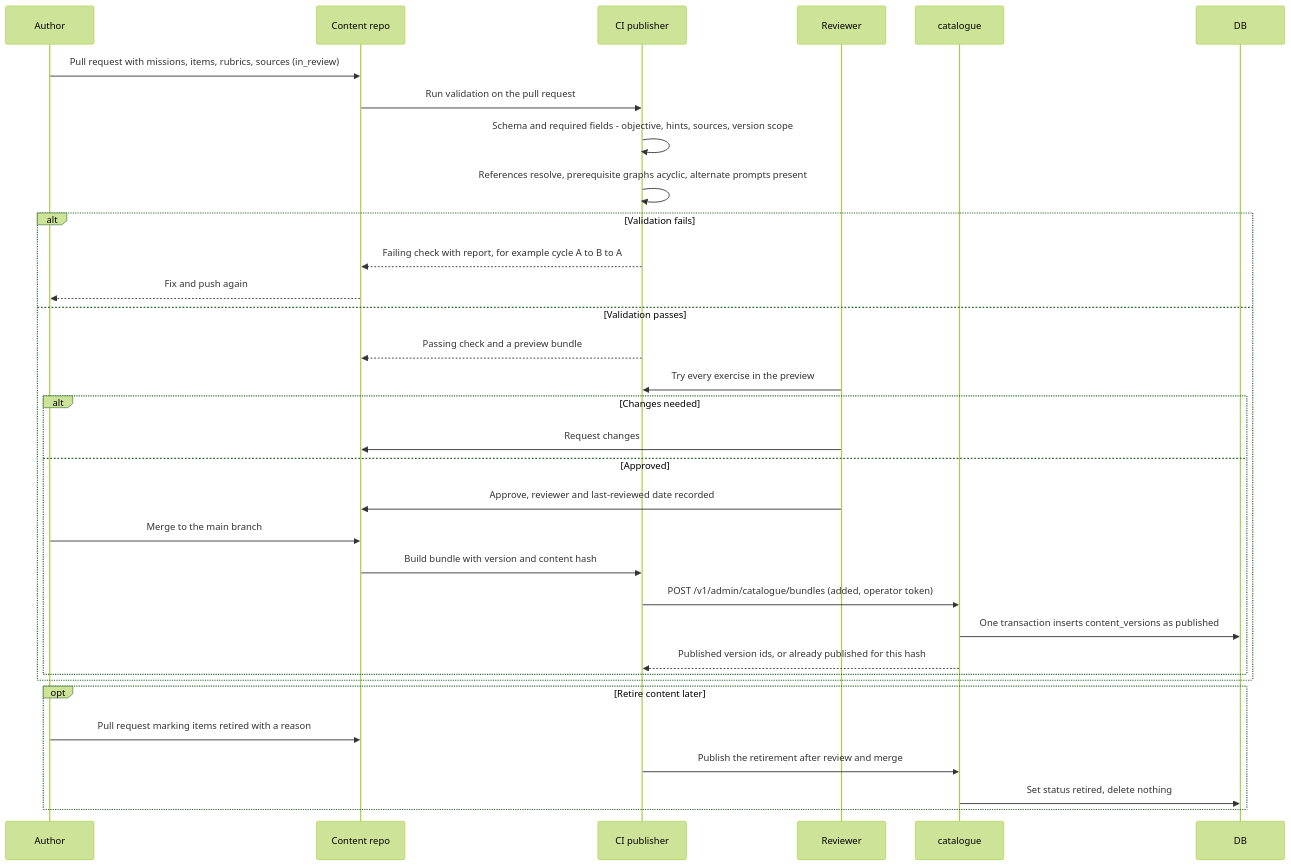
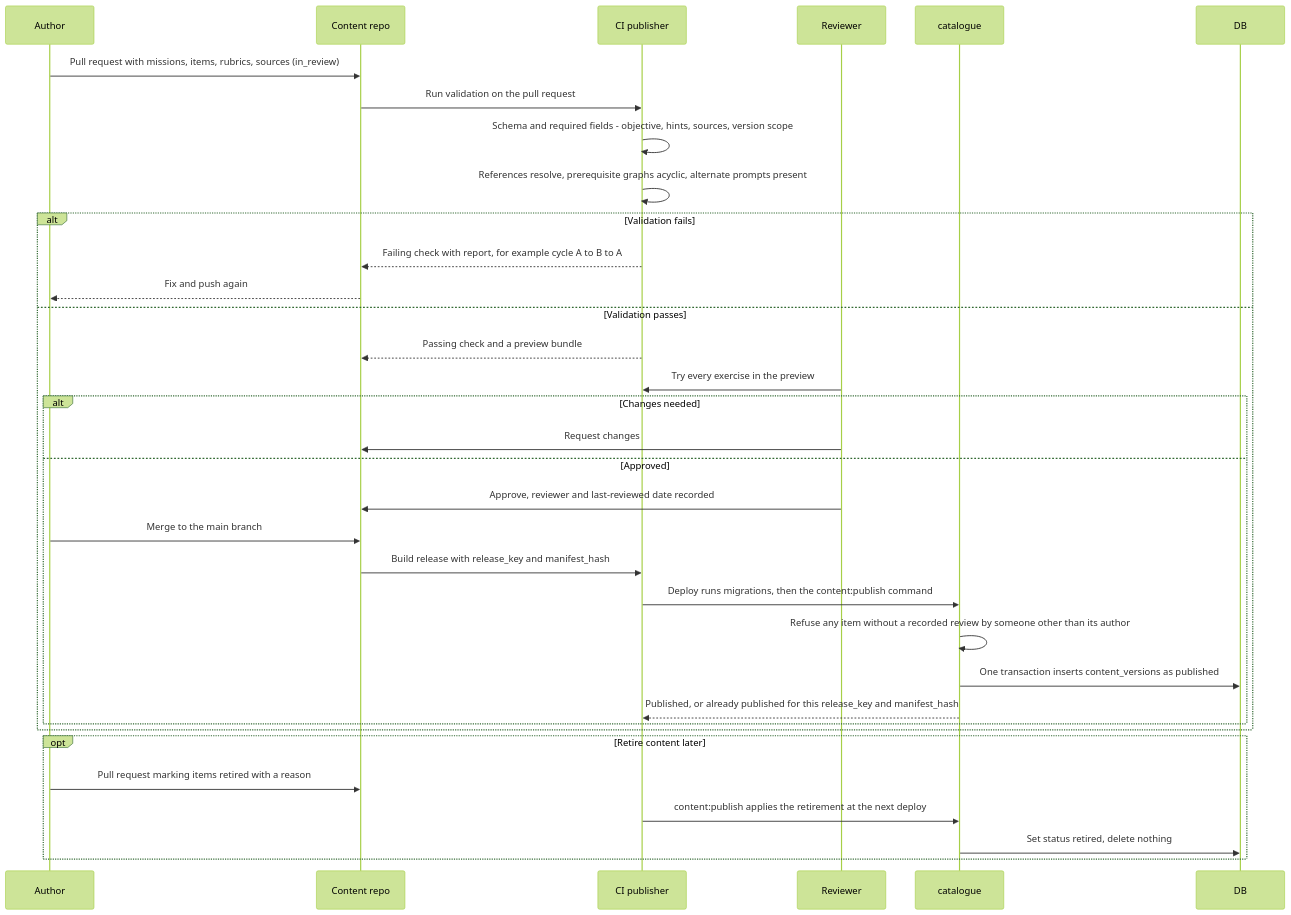
Diagram 15 of 19 in devstep/docs/03-key-flows.md (GhanshyamSoni68/app_idea), drawn with Mermaid (forest theme) before and after one commit. The commit also changed other lines of this file and 8 other files, not shown here.

````diff
--- a/devstep/docs/03-key-flows.md
+++ b/devstep/docs/03-key-flows.md
@@ -894,35 +916,36 @@
 ```mermaid
 sequenceDiagram
     participant AU as Author
     participant CR as Content repo
     participant CI as CI publisher
     participant RV as Reviewer
     participant CAT as catalogue
     participant DB
     AU->>CR: Pull request with missions, items, rubrics, sources (in_review)
     CR->>CI: Run validation on the pull request
     CI->>CI: Schema and required fields - objective, hints, sources, version scope
     CI->>CI: References resolve, prerequisite graphs acyclic, alternate prompts present
     alt Validation fails
         CI-->>CR: Failing check with report, for example cycle A to B to A
         CR-->>AU: Fix and push again
     else Validation passes
         CI-->>CR: Passing check and a preview bundle
         RV->>CI: Try every exercise in the preview
         alt Changes needed
             RV->>CR: Request changes
         else Approved
             RV->>CR: Approve, reviewer and last-reviewed date recorded
             AU->>CR: Merge to the main branch
-            CR->>CI: Build bundle with version and content hash
-            CI->>CAT: POST /v1/admin/catalogue/bundles (added, operator token)
+            CR->>CI: Build release with release_key and manifest_hash
+            CI->>CAT: Deploy runs migrations, then the content:publish command
+            CAT->>CAT: Refuse any item without a recorded review by someone other than its author
             CAT->>DB: One transaction inserts content_versions as published
-            CAT-->>CI: Published version ids, or already published for this hash
+            CAT-->>CI: Published, or already published for this release_key and manifest_hash
         end
     end
     opt Retire content later
         AU->>CR: Pull request marking items retired with a reason
-        CI->>CAT: Publish the retirement after review and merge
+        CI->>CAT: content:publish applies the retirement at the next deploy
         CAT->>DB: Set status retired, delete nothing
     end
 ```
````
